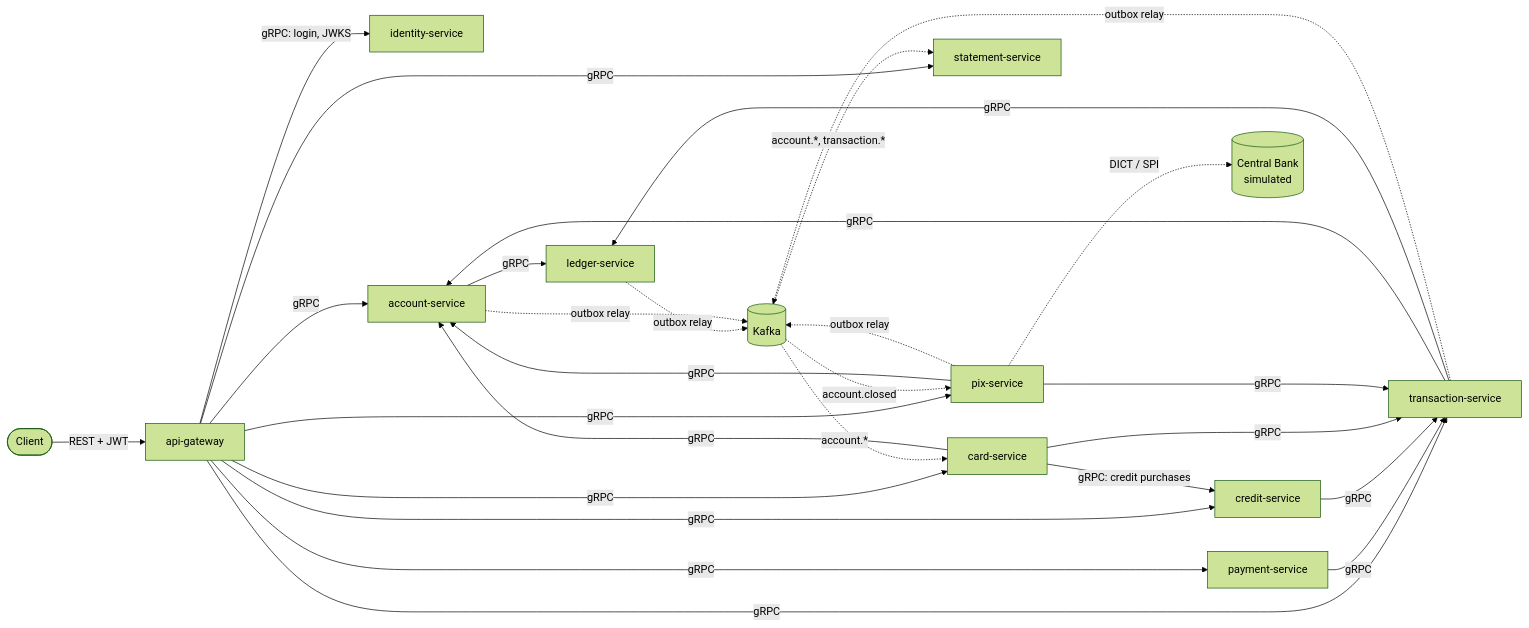
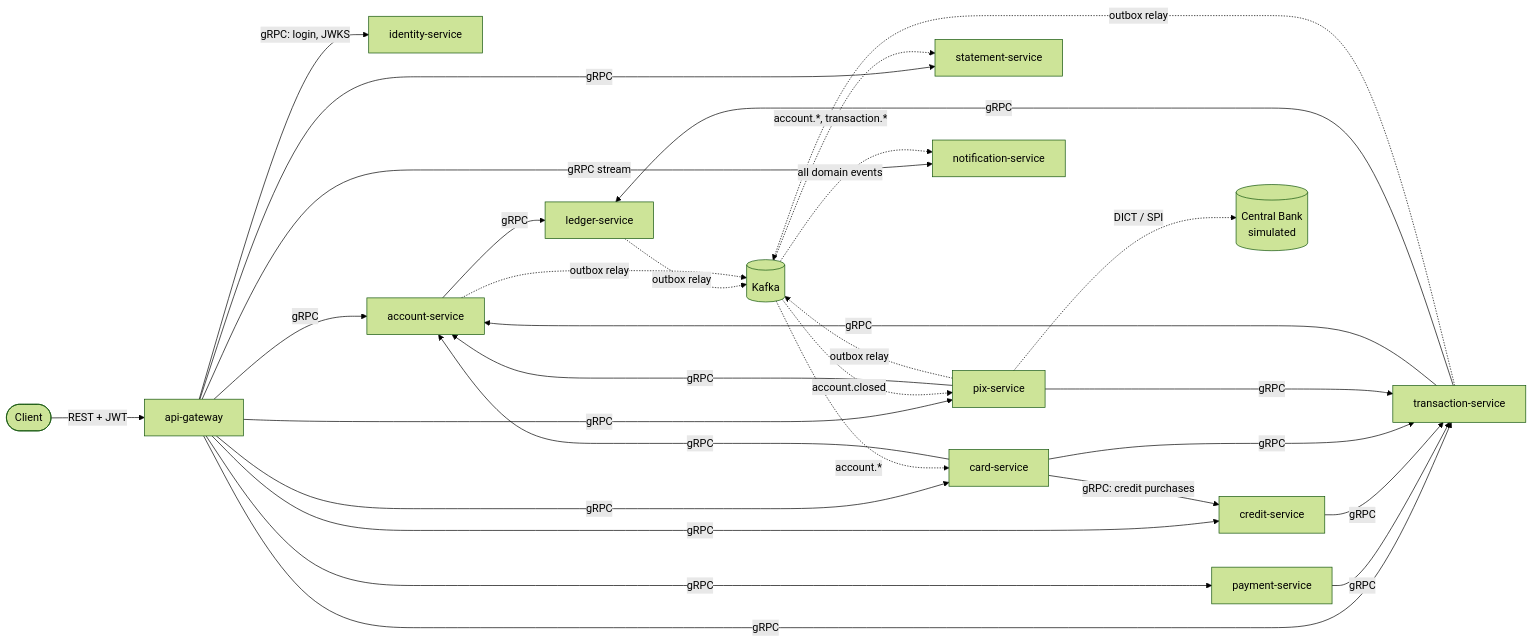
Before and after one commit to ViniciusMicarelli/digital-bank-platform: the diagram in README.md, drawn with Mermaid (forest theme). The commit also changed other lines of this file and 39 other files, not shown here.

First line of the commit message:
feat(notification): notification-service with a live stream

````diff
--- a/README.md
+++ b/README.md
@@ -16,28 +16,30 @@
 ```mermaid
 flowchart LR
     C([Client]) -->|REST + JWT| GW[api-gateway]
     GW -->|gRPC: login, JWKS| IDN[identity-service]
     GW -->|gRPC| ACC[account-service]
     GW -->|gRPC| TRX[transaction-service]
     GW -->|gRPC| PIX[pix-service]
     GW -->|gRPC| STM[statement-service]
     GW -->|gRPC| CRD[card-service]
     GW -->|gRPC| CRE[credit-service]
     GW -->|gRPC| PAY[payment-service]
+    GW -->|gRPC stream| NTF[notification-service]
     PAY -->|gRPC| TRX
     CRD -->|gRPC: credit purchases| CRE
     CRE -->|gRPC| TRX
     CRD -->|gRPC| TRX
     CRD -->|gRPC| ACC
     PIX -->|gRPC| TRX
     PIX -->|gRPC| ACC
     PIX -.->|DICT / SPI| BCB[(Central Bank<br/>simulated)]
     TRX -->|gRPC| ACC
     TRX -->|gRPC| LED[ledger-service]
     ACC -->|gRPC| LED
 
     LED & ACC & TRX & PIX -.->|outbox relay| K[(Kafka)]
     K -.->|account.*, transaction.*| STM
     K -.->|account.closed| PIX
     K -.->|account.*| CRD
+    K -.->|all domain events| NTF
 ```
````
